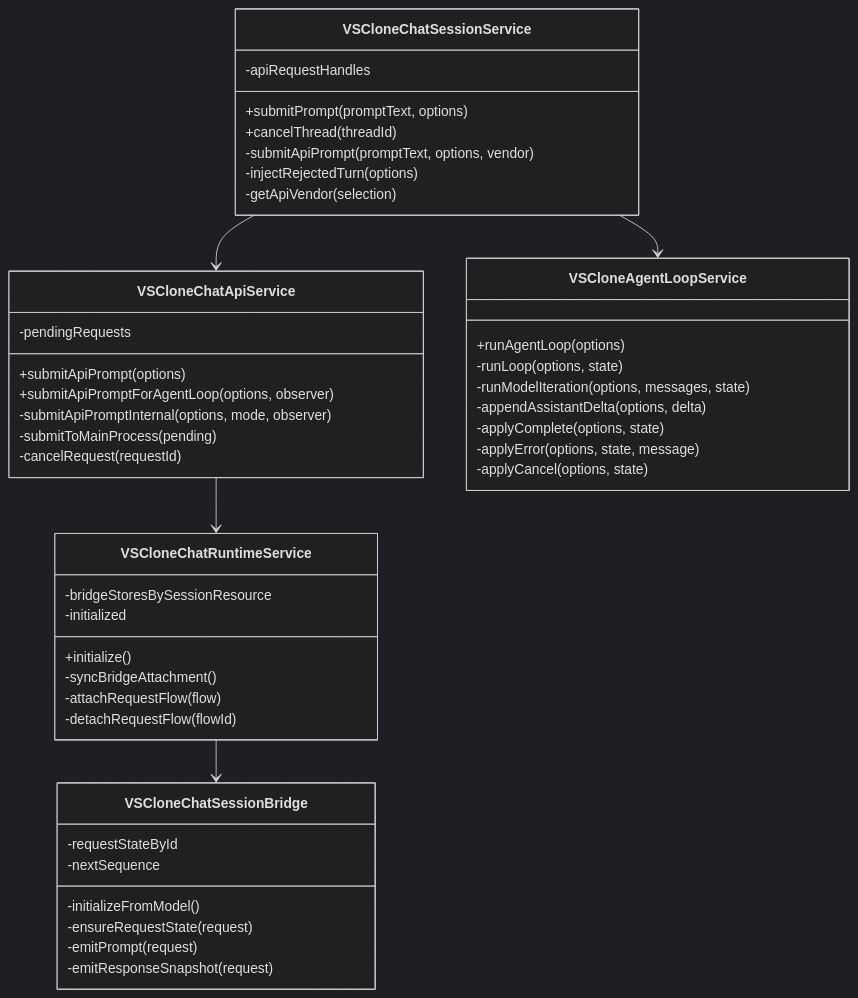
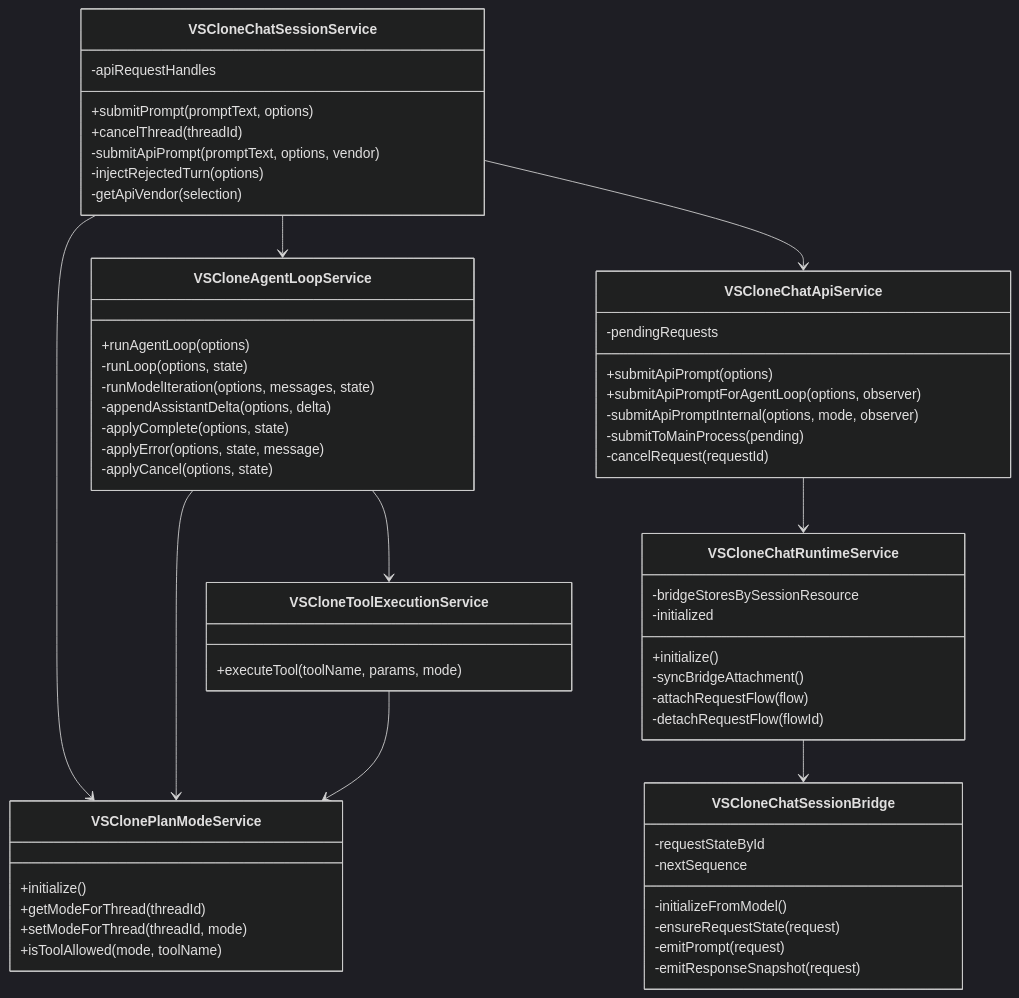
The second of 2 diagrams in cs485/backend-modules/chat-execution.md (BrandonHowe/cs485-llm-ide), drawn with Mermaid (dark theme) before and after one commit. The commit also changed other lines of this file and 27 other files, not shown here.

Commit message:
feat(vsclone): add plan mode for unified chat

````diff
--- a/cs485/backend-modules/chat-execution.md
+++ b/cs485/backend-modules/chat-execution.md
@@ -176,53 +203,68 @@
 ```mermaid
 classDiagram
   class VSCloneChatSessionService {
     -apiRequestHandles
     +submitPrompt(promptText, options)
     +cancelThread(threadId)
     -submitApiPrompt(promptText, options, vendor)
     -injectRejectedTurn(options)
     -getApiVendor(selection)
+  }
+
+  class VSClonePlanModeService {
+    +initialize()
+    +getModeForThread(threadId)
+    +setModeForThread(threadId, mode)
+    +isToolAllowed(mode, toolName)
   }
 
   class VSCloneChatApiService {
     -pendingRequests
     +submitApiPrompt(options)
     +submitApiPromptForAgentLoop(options, observer)
     -submitApiPromptInternal(options, mode, observer)
     -submitToMainProcess(pending)
     -cancelRequest(requestId)
   }
 
   class VSCloneAgentLoopService {
     +runAgentLoop(options)
     -runLoop(options, state)
     -runModelIteration(options, messages, state)
     -appendAssistantDelta(options, delta)
     -applyComplete(options, state)
     -applyError(options, state, message)
     -applyCancel(options, state)
   }
 
+  class VSCloneToolExecutionService {
+    +executeTool(toolName, params, mode)
+  }
+
   class VSCloneChatRuntimeService {
     -bridgeStoresBySessionResource
     -initialized
     +initialize()
     -syncBridgeAttachment()
     -attachRequestFlow(flow)
     -detachRequestFlow(flowId)
   }
 
   class VSCloneChatSessionBridge {
     -requestStateById
     -nextSequence
     -initializeFromModel()
     -ensureRequestState(request)
     -emitPrompt(request)
     -emitResponseSnapshot(request)
   }
 
+  VSCloneChatSessionService --> VSClonePlanModeService
   VSCloneChatSessionService --> VSCloneChatApiService
   VSCloneChatSessionService --> VSCloneAgentLoopService
+  VSCloneAgentLoopService --> VSClonePlanModeService
+  VSCloneAgentLoopService --> VSCloneToolExecutionService
+  VSCloneToolExecutionService --> VSClonePlanModeService
   VSCloneChatApiService --> VSCloneChatRuntimeService
   VSCloneChatRuntimeService --> VSCloneChatSessionBridge
 ```
````
